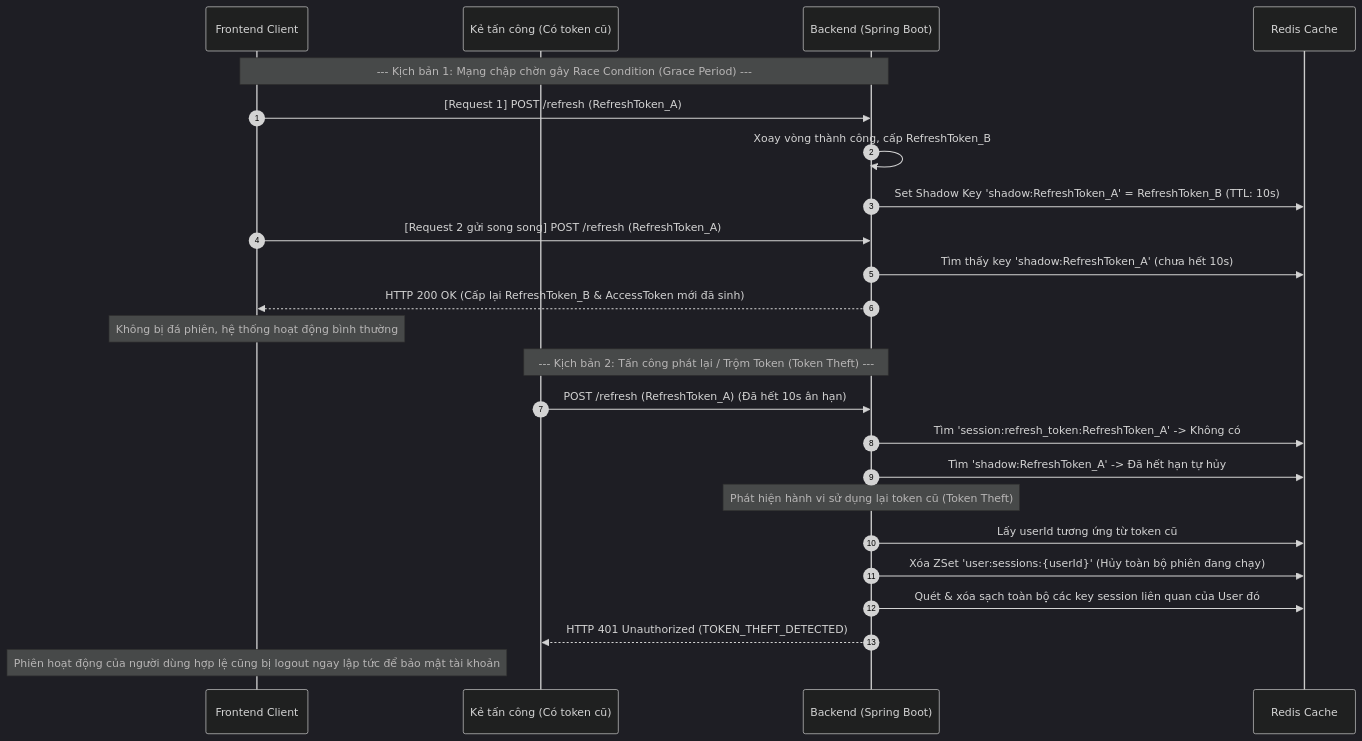
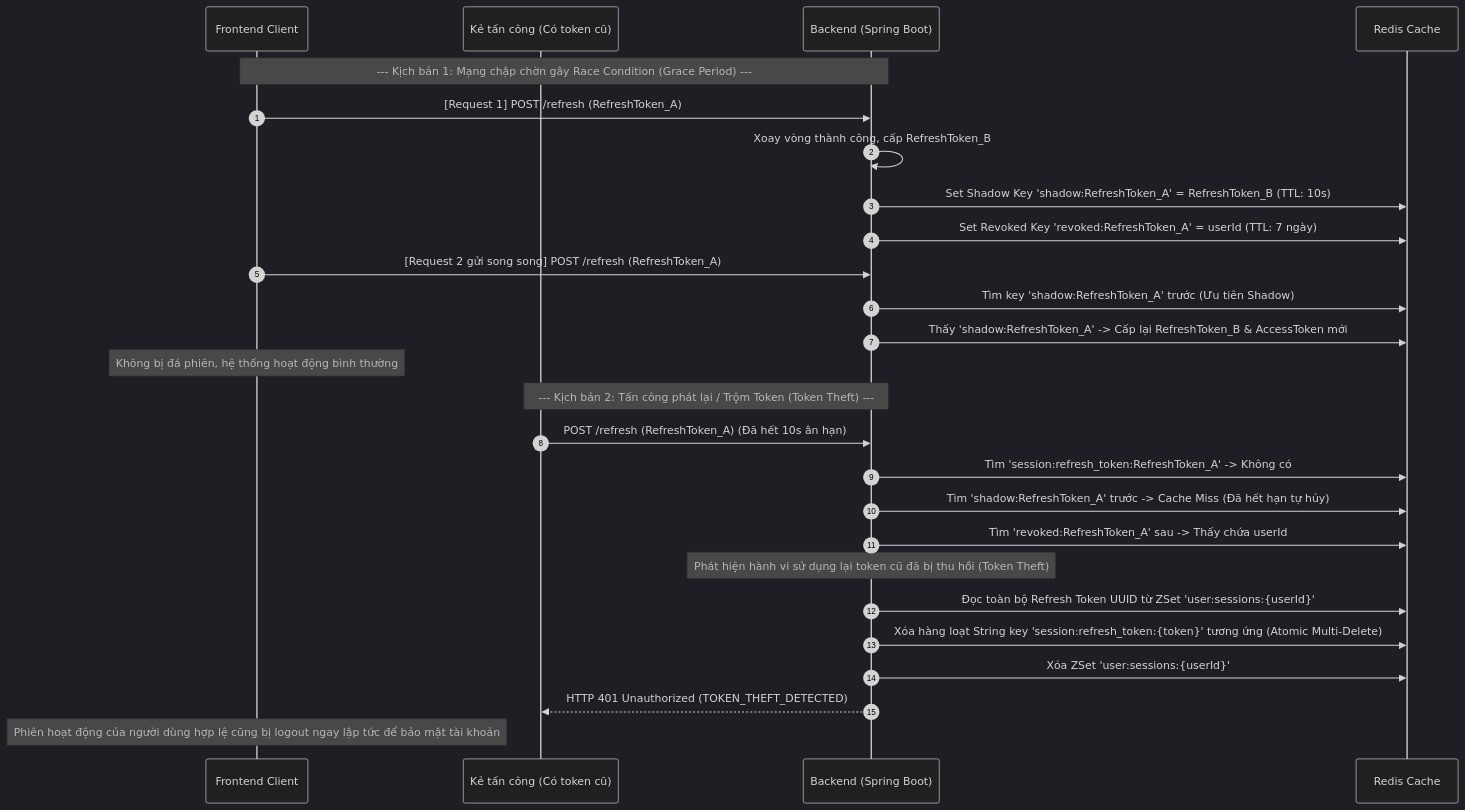
One commit to NguyenDucHoangNam/PWB_Mini changed the second of 3 diagrams in docs/1. Identity & Access Management/03_refresh_access_token.md. Above: the diagram before and after it, drawn with Mermaid (dark theme). The commit also changed other lines of this file and 22 other files, not shown here.

````diff
--- a/docs/1. Identity & Access Management/03_refresh_access_token.md
+++ b/docs/1. Identity & Access Management/03_refresh_access_token.md
@@ -118,31 +128,33 @@
 ```mermaid
 sequenceDiagram
     autonumber
     participant FE as Frontend Client
     participant Attacker as Kẻ tấn công (Có token cũ)
     participant BE as Backend (Spring Boot)
     participant Redis as Redis Cache
 
     Note over FE, BE: --- Kịch bản 1: Mạng chập chờn gây Race Condition (Grace Period) ---
     FE->>BE: [Request 1] POST /refresh (RefreshToken_A)
     BE->>BE: Xoay vòng thành công, cấp RefreshToken_B
     BE->>Redis: Set Shadow Key 'shadow:RefreshToken_A' = RefreshToken_B (TTL: 10s)
+    BE->>Redis: Set Revoked Key 'revoked:RefreshToken_A' = userId (TTL: 7 ngày)
     
     FE->>BE: [Request 2 gửi song song] POST /refresh (RefreshToken_A)
-    BE->>Redis: Tìm thấy key 'shadow:RefreshToken_A' (chưa hết 10s)
-    BE-->>FE: HTTP 200 OK (Cấp lại RefreshToken_B & AccessToken mới đã sinh)
+    BE->>Redis: Tìm key 'shadow:RefreshToken_A' trước (Ưu tiên Shadow)
+    BE->>Redis: Thấy 'shadow:RefreshToken_A' -> Cấp lại RefreshToken_B & AccessToken mới
     Note over FE: Không bị đá phiên, hệ thống hoạt động bình thường
     
     Note over Attacker, BE: --- Kịch bản 2: Tấn công phát lại / Trộm Token (Token Theft) ---
     Attacker->>BE: POST /refresh (RefreshToken_A) (Đã hết 10s ân hạn)
     BE->>Redis: Tìm 'session:refresh_token:RefreshToken_A' -> Không có
-    BE->>Redis: Tìm 'shadow:RefreshToken_A' -> Đã hết hạn tự hủy
+    BE->>Redis: Tìm 'shadow:RefreshToken_A' trước -> Cache Miss (Đã hết hạn tự hủy)
+    BE->>Redis: Tìm 'revoked:RefreshToken_A' sau -> Thấy chứa userId
     
-    Note over BE: Phát hiện hành vi sử dụng lại token cũ (Token Theft)
-    BE->>Redis: Lấy userId tương ứng từ token cũ
-    BE->>Redis: Xóa ZSet 'user:sessions:{userId}' (Hủy toàn bộ phiên đang chạy)
-    BE->>Redis: Quét & xóa sạch toàn bộ các key session liên quan của User đó
+    Note over BE: Phát hiện hành vi sử dụng lại token cũ đã bị thu hồi (Token Theft)
+    BE->>Redis: Đọc toàn bộ Refresh Token UUID từ ZSet 'user:sessions:{userId}'
+    BE->>Redis: Xóa hàng loạt String key 'session:refresh_token:{token}' tương ứng (Atomic Multi-Delete)
+    BE->>Redis: Xóa ZSet 'user:sessions:{userId}'
     
     BE-->>Attacker: HTTP 401 Unauthorized (TOKEN_THEFT_DETECTED)
     Note over FE: Phiên hoạt động của người dùng hợp lệ cũng bị logout ngay lập tức để bảo mật tài khoản
 ```
````
